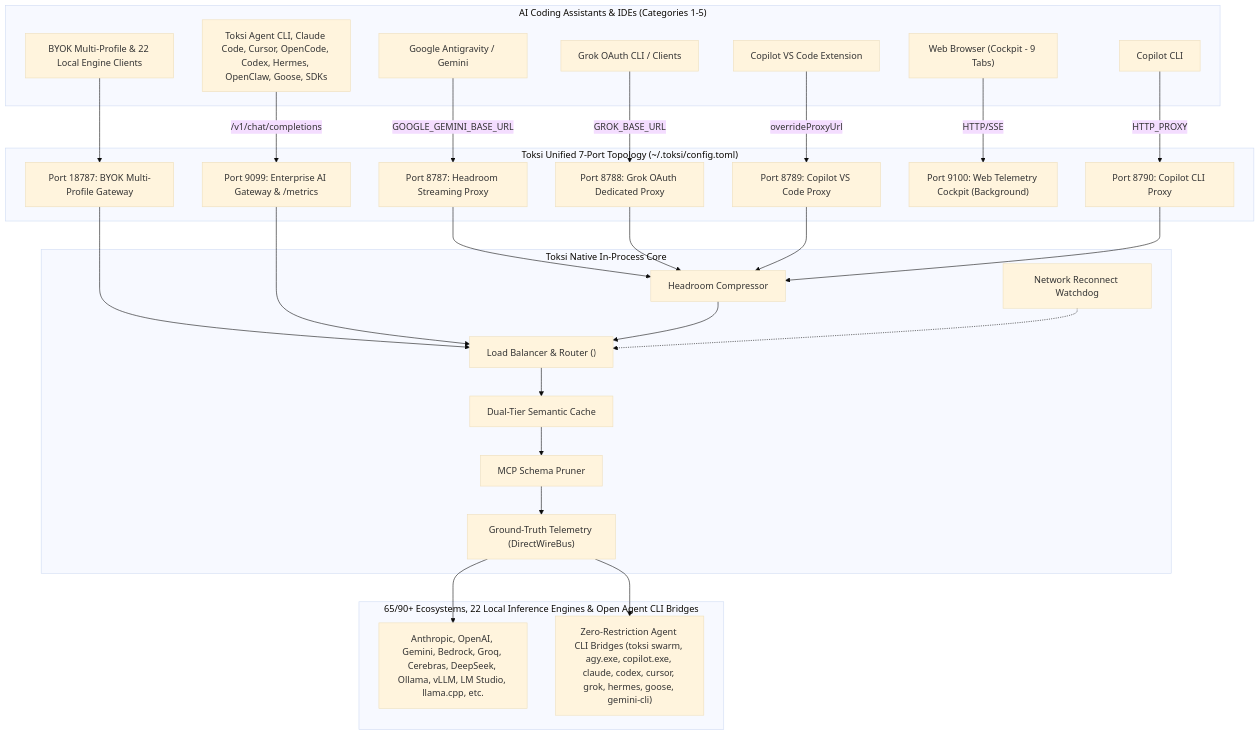
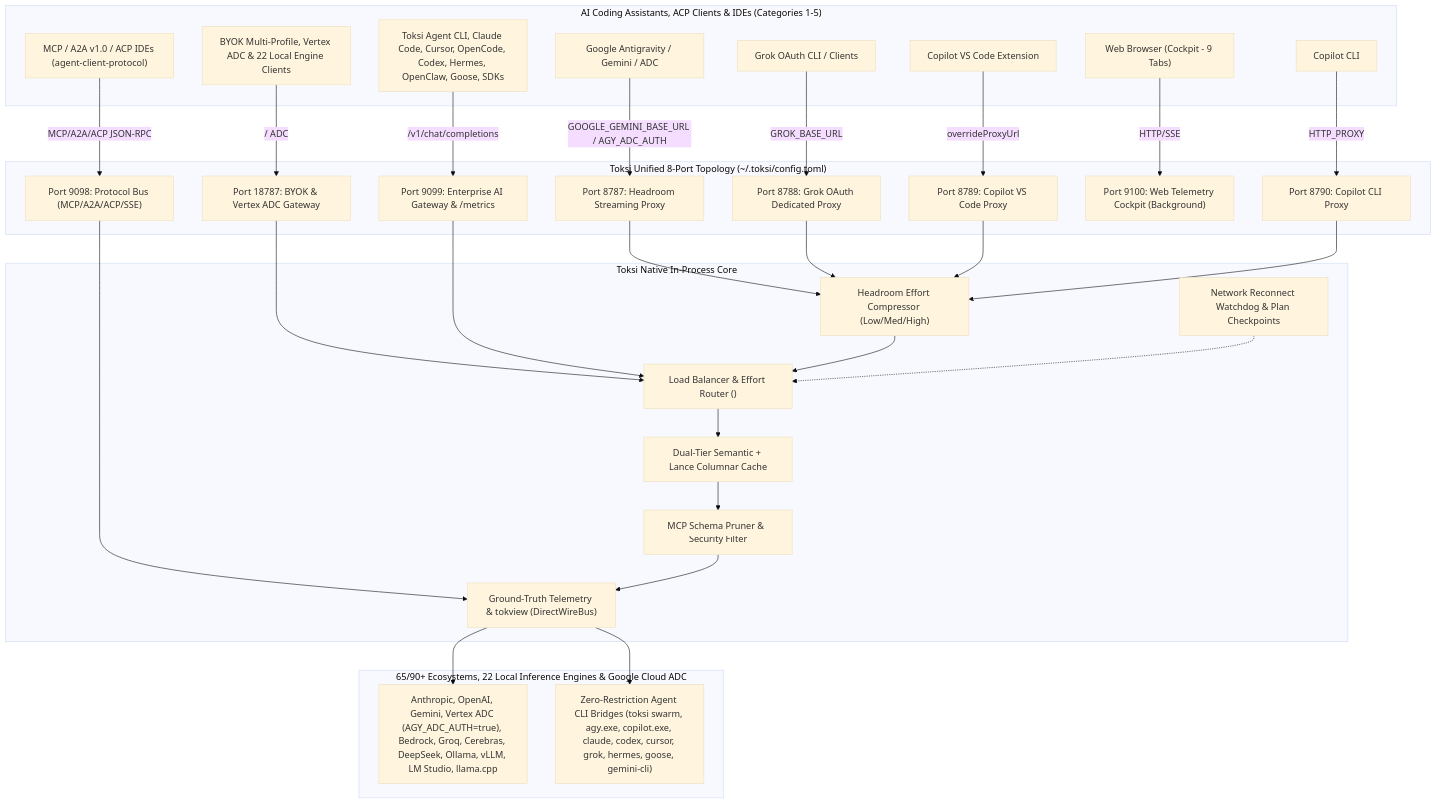
One commit to Navegos/neo changed the diagram in crates/toksi/CONSOLIDATION_PLAN.md. Above: the diagram before and after it, drawn with Mermaid (base theme). The commit also changed other lines of this file and 90 other files, not shown here.

````diff
--- a/crates/toksi/CONSOLIDATION_PLAN.md
+++ b/crates/toksi/CONSOLIDATION_PLAN.md
@@ -740,60 +774,64 @@
 ```mermaid
 flowchart TD
-    subgraph ClientLayer["AI Coding Assistants & IDEs (Categories 1-5)"]
-        Antigravity["Google Antigravity / Gemini"]
+    subgraph ClientLayer["AI Coding Assistants, ACP Clients & IDEs (Categories 1-5)"]
+        Antigravity["Google Antigravity / Gemini / ADC"]
         GrokOAuth["Grok OAuth CLI / Clients"]
         CopilotVS["Copilot VS Code Extension"]
         CopilotCLI["Copilot CLI"]
+        ProtocolClients["MCP / A2A v1.0 / ACP IDEs (agent-client-protocol)"]
         SDKAgents["Toksi Agent CLI, Claude Code, Cursor, OpenCode, Codex, Hermes, OpenClaw, Goose, SDKs"]
-        BYOKClients["BYOK Multi-Profile & 22 Local Engine Clients"]
+        BYOKClients["BYOK Multi-Profile, Vertex ADC & 22 Local Engine Clients"]
         Browser["Web Browser (Cockpit - 9 Tabs)"]
     end
 
-    subgraph ToksiPorts["Toksi Unified 7-Port Topology (~/.toksi/config.toml)"]
+    subgraph ToksiPorts["Toksi Unified 8-Port Topology (~/.toksi/config.toml)"]
         P8787["Port 8787: Headroom Streaming Proxy"]
         P8788["Port 8788: Grok OAuth Dedicated Proxy"]
         P8789["Port 8789: Copilot VS Code Proxy"]
         P8790["Port 8790: Copilot CLI Proxy"]
+        P9098["Port 9098: Protocol Bus (MCP/A2A/ACP/SSE)"]
         P9099["Port 9099: Enterprise AI Gateway & /metrics"]
         P9100["Port 9100: Web Telemetry Cockpit (Background)"]
-        P18787["Port 18787: BYOK Multi-Profile Gateway"]
+        P18787["Port 18787: BYOK & Vertex ADC Gateway"]
     end
 
     subgraph Engine["Toksi Native In-Process Core"]
-        LB["Load Balancer & Router (<byok, model, effort>)"]
-        Cache["Dual-Tier Semantic Cache"]
-        Pruner["MCP Schema Pruner"]
-        Compress["Headroom Compressor"]
-        Telemetry["Ground-Truth Telemetry (DirectWireBus)"]
-        Watchdog["Network Reconnect Watchdog"]
+        LB["Load Balancer & Effort Router (<byok, model, effort>)"]
+        Cache["Dual-Tier Semantic + Lance Columnar Cache"]
+        Pruner["MCP Schema Pruner & <enforce> Security Filter"]
+        Compress["Headroom Effort Compressor (Low/Med/High)"]
+        Telemetry["Ground-Truth Telemetry & tokview (DirectWireBus)"]
+        Watchdog["Network Reconnect Watchdog & Plan Checkpoints"]
     end
 
-    subgraph Providers["65/90+ Ecosystems, 22 Local Inference Engines & Open Agent CLI Bridges"]
-        Upstream["Anthropic, OpenAI, Gemini, Bedrock, Groq, Cerebras, DeepSeek, Ollama, vLLM, LM Studio, llama.cpp, etc."]
+    subgraph Providers["65/90+ Ecosystems, 22 Local Inference Engines & Google Cloud ADC"]
+        Upstream["Anthropic, OpenAI, Gemini, Vertex ADC (AGY_ADC_AUTH=true), Bedrock, Groq, Cerebras, DeepSeek, Ollama, vLLM, LM Studio, llama.cpp"]
         AgentCLIs["Zero-Restriction Agent CLI Bridges (toksi swarm, agy.exe, copilot.exe, claude, codex, cursor, grok, hermes, goose, gemini-cli)"]
     end
 
-    Antigravity -->|"GOOGLE_GEMINI_BASE_URL"| P8787
+    Antigravity -->|"GOOGLE_GEMINI_BASE_URL / AGY_ADC_AUTH"| P8787
     GrokOAuth -->|"GROK_BASE_URL"| P8788
     CopilotVS -->|"overrideProxyUrl"| P8789
     CopilotCLI -->|"HTTP_PROXY"| P8790
+    ProtocolClients -->|"MCP/A2A/ACP JSON-RPC"| P9098
     SDKAgents -->|"/v1/chat/completions"| P9099
-    BYOKClients -->|"<byok, model, effort>"| P18787
+    BYOKClients -->|"<byok, model, effort> / ADC"| P18787
     Browser -->|"HTTP/SSE"| P9100
 
     P8787 --> Compress
     P8788 --> Compress
     P18787 --> LB
     P8789 --> Compress
     P8790 --> Compress
+    P9098 --> Telemetry
     P9099 --> LB
 
     Compress --> LB
     LB --> Cache
     Cache --> Pruner
     Pruner --> Telemetry
     Watchdog -.-> LB
 
     Telemetry --> Upstream
     Telemetry --> AgentCLIs
 ```
````
